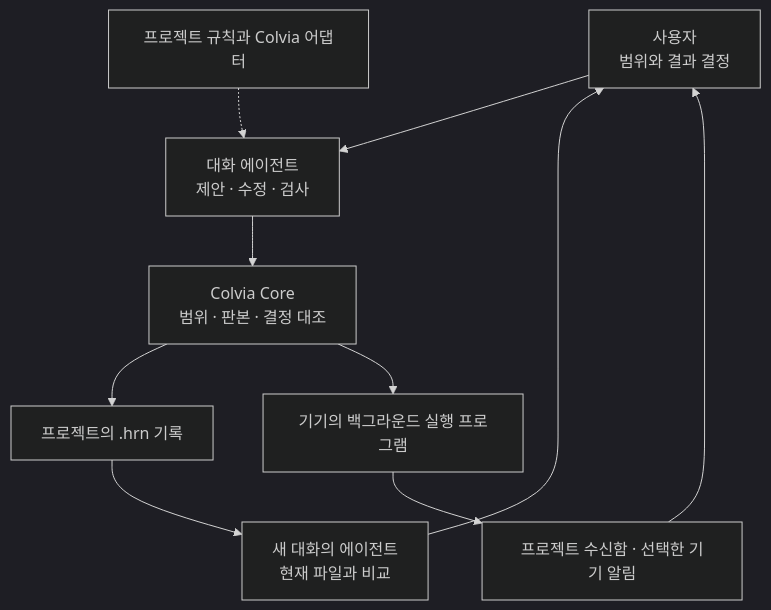
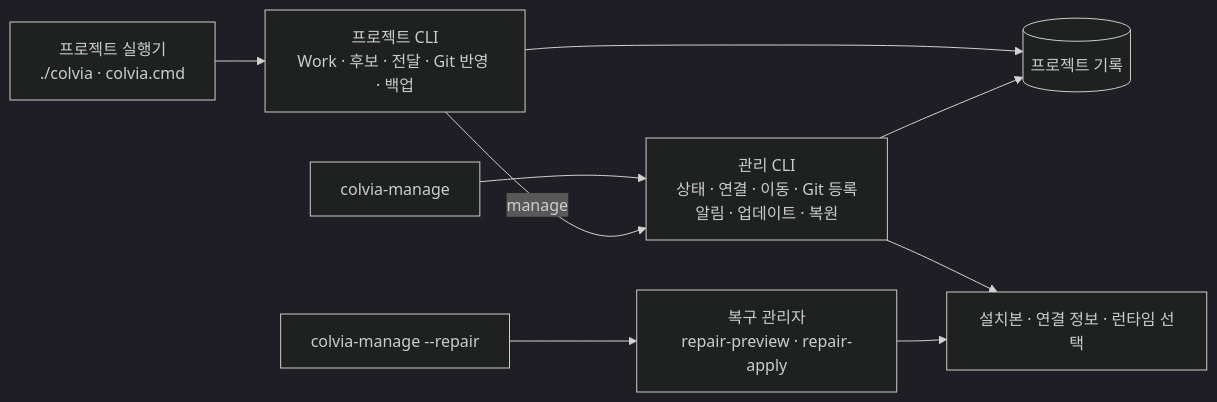
The fourth of 13 diagrams in manual/ko/architecture.md (kyungseo/colvia), drawn with Mermaid (dark theme) before and after one commit. The commit also changed other lines of this file and 54 other files, not shown here.

````diff
--- a/manual/ko/architecture.md
+++ b/manual/ko/architecture.md
@@ -18,12 +207,11 @@
 ```mermaid
-flowchart TD
-    U["사용자<br/>범위와 결과 결정"] --> A["대화 에이전트<br/>제안 · 수정 · 검사"]
-    P["프로젝트 규칙과 Colvia 어댑터"] -.-> A
-    A --> C["Colvia Core<br/>범위 · 판본 · 결정 대조"]
-    C --> W["프로젝트의 .hrn 기록"]
-    W --> N["새 대화의 에이전트<br/>현재 파일과 비교"]
-    N --> U
-    C --> L["기기의 백그라운드 실행 프로그램"]
-    L --> I["프로젝트 수신함 · 선택한 기기 알림"]
-    I --> U
+flowchart LR
+    PL["프로젝트 실행기<br/>./colvia · colvia.cmd"] --> PC["프로젝트 CLI<br/>Work · 후보 · 전달 · Git 반영 · 백업"]
+    NM["colvia-manage"] --> MC["관리 CLI<br/>상태 · 연결 · 이동 · Git 등록<br/>알림 · 업데이트 · 복원"]
+    PC -->|manage| MC
+    PC --> Rec[("프로젝트 기록")]
+    MC --> Rec
+    MC --> Inst["설치본 · 연결 정보 · 런타임 선택"]
+    NR["colvia-manage --repair"] --> RC["복구 관리자<br/>repair-preview · repair-apply"]
+    RC --> Inst
 ```
````
